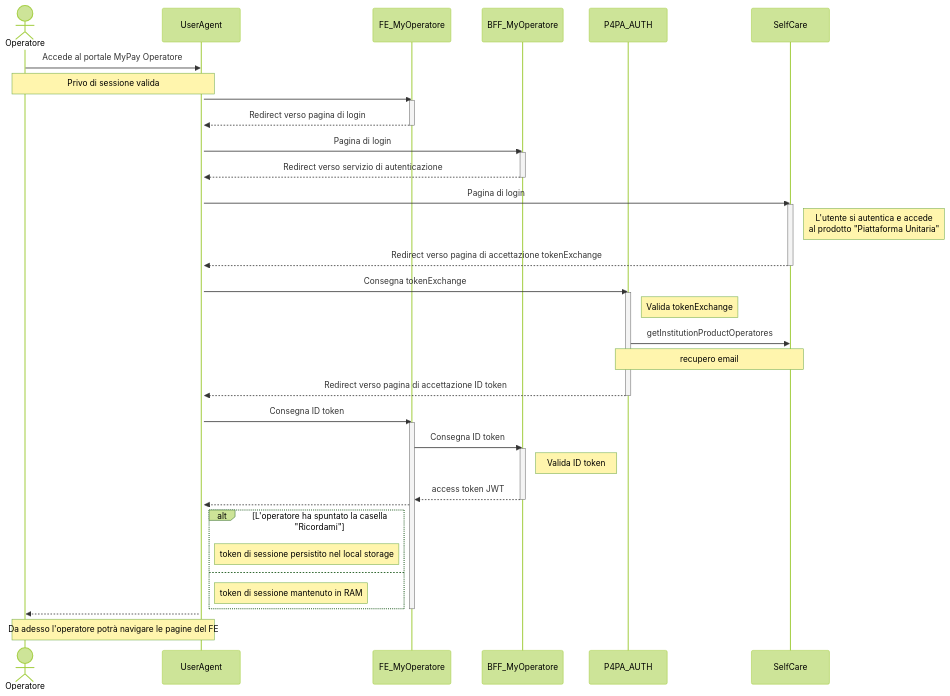
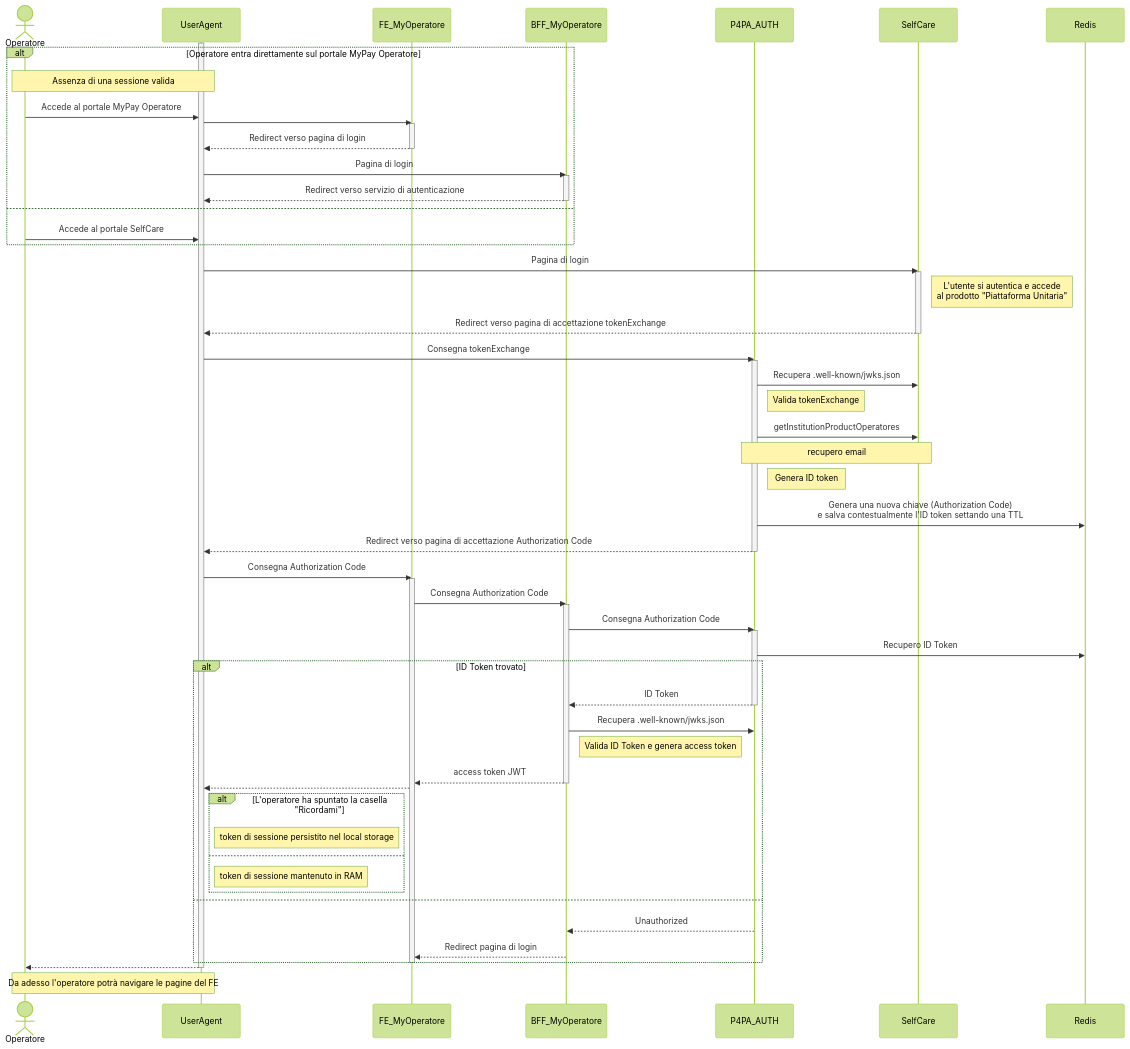
Before and after one commit to pagopa/p4pa-doc: the diagram in confluence/DesignReview/AutenticazioneEAutorizzazioneInMyPayOperatore/TOBE_auth.mmd, drawn with Mermaid (forest theme). The commit also changed 1 other file, not shown here.

Commit message:
authentication flow

```diff
--- a/confluence/DesignReview/AutenticazioneEAutorizzazioneInMyPayOperatore/TOBE_auth.mmd
+++ b/confluence/DesignReview/AutenticazioneEAutorizzazioneInMyPayOperatore/TOBE_auth.mmd
@@ -1,54 +1,77 @@
 sequenceDiagram
     actor Operatore
     participant UserAgent
     participant FE as FE_MyOperatore
     participant BFF as BFF_MyOperatore
     participant AUTH as P4PA_AUTH
     participant SelfCare
+    participant Redis
 
-    Operatore ->> UserAgent: Accede al portale MyPay Operatore
 
     activate UserAgent
-    note over Operatore, UserAgent: Privo di sessione valida
-    UserAgent ->> FE: 
-    activate FE
-    FE -->> UserAgent: Redirect verso pagina di login
-    deactivate FE
+alt Operatore entra direttamente sul portale MyPay Operatore
+note over Operatore, UserAgent: Assenza di una sessione valida
+Operatore ->> UserAgent: Accede al portale MyPay Operatore
 
-    UserAgent ->> BFF: Pagina di login
-    activate BFF
-    BFF -->> UserAgent: Redirect verso servizio di autenticazione
-    deactivate BFF
+UserAgent ->> FE: 
+            activate FE
+FE -->> UserAgent: Redirect verso pagina di login
+deactivate FE
 
-    UserAgent ->> SelfCare: Pagina di login
-    activate SelfCare
-    note right of SelfCare: L'utente si autentica e accede<br />al prodotto "Piattaforma Unitaria"
-    SelfCare -->> UserAgent: Redirect verso pagina di accettazione tokenExchange
-    deactivate SelfCare
+UserAgent ->> BFF: Pagina di login
+activate BFF
+BFF -->> UserAgent: Redirect verso servizio di autenticazione
+deactivate BFF
+else
+Operatore ->> UserAgent: Accede al portale SelfCare
+end
 
-    UserAgent ->> AUTH: Consegna tokenExchange
-    activate AUTH
-    note right of AUTH: Valida tokenExchange
-    AUTH ->> SelfCare: getInstitutionProductOperatores
-    note over AUTH, SelfCare: recupero email
-    AUTH -->> UserAgent: Redirect verso pagina di accettazione ID token
-    deactivate AUTH
+UserAgent ->> SelfCare: Pagina di login
+activate SelfCare
+note right of SelfCare: L'utente si autentica e accede<br />al prodotto "Piattaforma Unitaria"
+SelfCare -->> UserAgent: Redirect verso pagina di accettazione tokenExchange
+deactivate SelfCare
 
-    UserAgent ->> FE: Consegna ID token
-    activate FE
-    FE ->> BFF: Consegna ID token
-    activate BFF
-    note right of BFF: Valida ID token
-    BFF -->> FE: access token JWT
-    deactivate BFF
-    FE -->> UserAgent: 
-    alt L'operatore ha spuntato la casella "Ricordami"
-        note right of UserAgent: token di sessione persistito nel local storage
-    else
-    note right of UserAgent: token di sessione mantenuto in RAM
-    end
-    deactivate FE
+UserAgent ->> AUTH: Consegna tokenExchange
+activate AUTH
+AUTH ->> SelfCare: Recupera .well-known/jwks.json
+note right of AUTH: Valida tokenExchange
+AUTH ->> SelfCare: getInstitutionProductOperatores
+note over AUTH, SelfCare: recupero email
+note right of AUTH: Genera ID token
+AUTH ->> Redis: Genera una nuova chiave (Authorization Code)<BR />e salva contestualmente l'ID token settando una TTL
+AUTH -->> UserAgent: Redirect verso pagina di accettazione Authorization Code
+deactivate AUTH
 
-    UserAgent -->> Operatore: 
-    
-    note over Operatore, UserAgent: Da adesso l'operatore potrà navigare le pagine del FE
+UserAgent ->> FE: Consegna Authorization Code
+activate FE
+FE ->> BFF: Consegna Authorization Code
+activate BFF
+BFF ->> AUTH: Consegna Authorization Code
+
+activate AUTH
+AUTH ->> Redis: Recupero ID Token
+alt ID Token trovato
+AUTH -->> BFF: ID Token
+deactivate AUTH
+
+BFF ->> AUTH: Recupera .well-known/jwks.json
+note right of BFF: Valida ID Token e genera access token
+BFF -->> FE: access token JWT
+deactivate BFF
+FE -->> UserAgent: 
+alt L'operatore ha spuntato la casella "Ricordami"
+note right of UserAgent: token di sessione persistito nel local storage
+else
+note right of UserAgent: token di sessione mantenuto in RAM
+end
+else
+AUTH -->> BFF: Unauthorized
+BFF -->> FE: Redirect pagina di login
+end
+deactivate FE
+
+UserAgent -->> Operatore: 
+deactivate UserAgent
+
+note over Operatore, UserAgent: Da adesso l'operatore potrà navigare le pagine del FE
```
